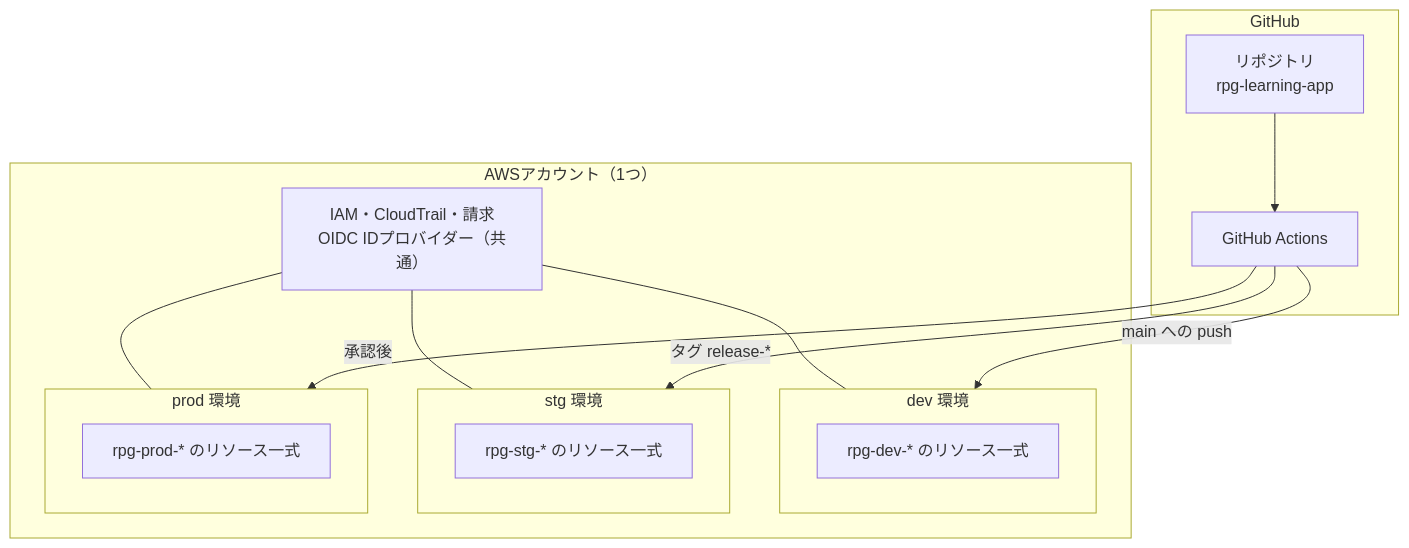
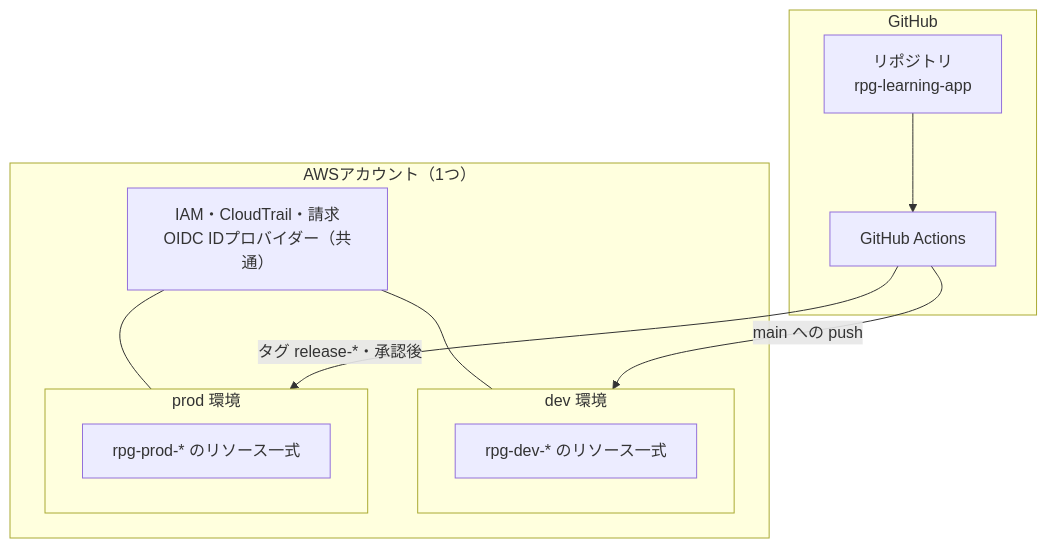
The third of 14 diagrams in documents/外部設計書_RPG学習アプリ.md (pocarialice/rpglearning), drawn with Mermaid before and after one commit. The commit also changed other lines of this file and 10 other files, not shown here.

````diff
--- a/documents/外部設計書_RPG学習アプリ.md
+++ b/documents/外部設計書_RPG学習アプリ.md
@@ -210,26 +214,21 @@
 ```mermaid
 flowchart TB
   subgraph ACC["AWSアカウント（1つ）"]
     subgraph DEV["dev 環境"]
       D1["rpg-dev-* のリソース一式"]
-    end
-    subgraph STG["stg 環境"]
-      S1["rpg-stg-* のリソース一式"]
     end
     subgraph PRD["prod 環境"]
       P1["rpg-prod-* のリソース一式"]
     end
     IAM["IAM・CloudTrail・請求<br>OIDC IDプロバイダー（共通）"]
   end
   subgraph GH["GitHub"]
     REPO["リポジトリ<br>rpg-learning-app"]
     GA["GitHub Actions"]
   end
   IAM --- DEV
-  IAM --- STG
   IAM --- PRD
   REPO --> GA
   GA -->|"main への push"| DEV
-  GA -->|"タグ release-*"| STG
-  GA -->|"承認後"| PRD
+  GA -->|"タグ release-*・承認後"| PRD
 ```
````
